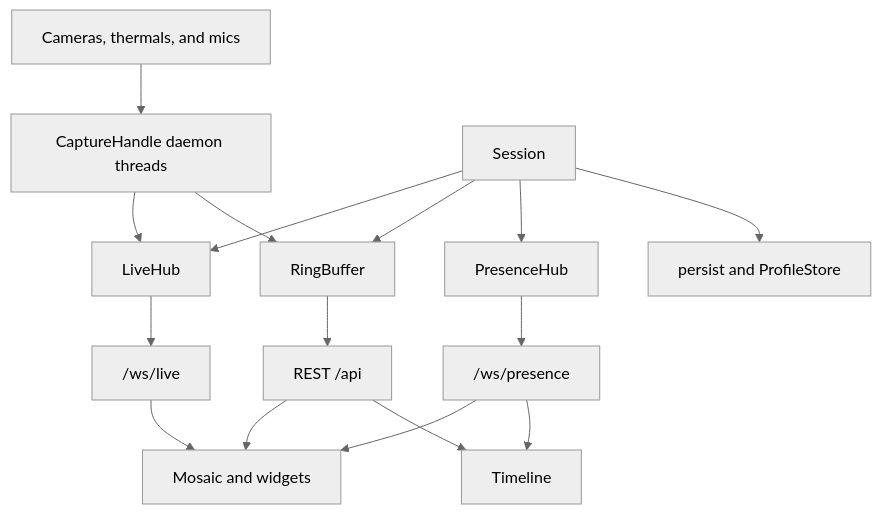
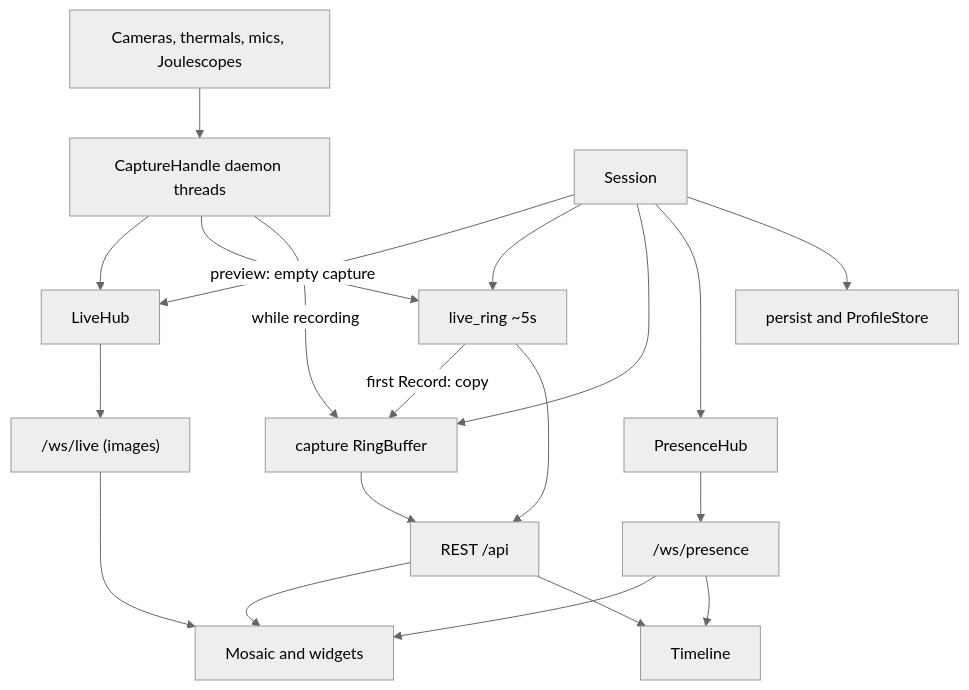
The diagram in docs/architecture.md (MandusBorjesson/measync), drawn with Mermaid (neutral theme) before and after one commit. The commit also changed other lines of this file and 30 other files, not shown here.

Commit message:
Add joulescope, update timeline structure

````diff
--- a/docs/architecture.md
+++ b/docs/architecture.md
@@ -89,31 +91,36 @@
 ```mermaid
 flowchart TB
-  hw[Cameras, thermals, and mics]
+  hw[Cameras, thermals, mics, Joulescopes]
   capture[CaptureHandle daemon threads]
   session[Session]
   hub[LiveHub]
-  ring[RingBuffer]
+  liveRing[live_ring ~5s]
+  ring[capture RingBuffer]
   presence[PresenceHub]
   persist[persist and ProfileStore]
   rest[REST /api]
-  wsLive["/ws/live"]
+  wsLive["/ws/live (images)"]
   wsPres["/ws/presence"]
   mosaic[Mosaic and widgets]
   timeline[Timeline]
 
   hw --> capture
   capture --> hub
-  capture --> ring
+  capture -->|preview: empty capture| liveRing
+  capture -->|while recording| ring
+  liveRing -->|first Record: copy| ring
   session --> hub
+  session --> liveRing
   session --> ring
   session --> presence
   session --> persist
   hub --> wsLive
+  liveRing --> rest
   ring --> rest
   presence --> wsPres
   rest --> mosaic
   rest --> timeline
   wsLive --> mosaic
   wsPres --> mosaic
   wsPres --> timeline
 ```
````
